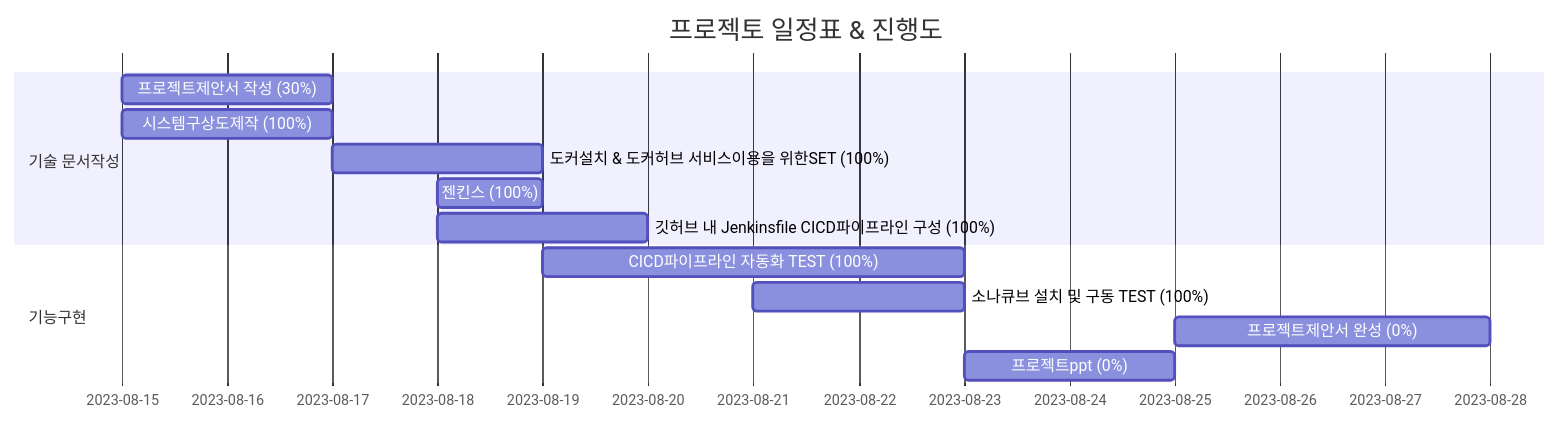
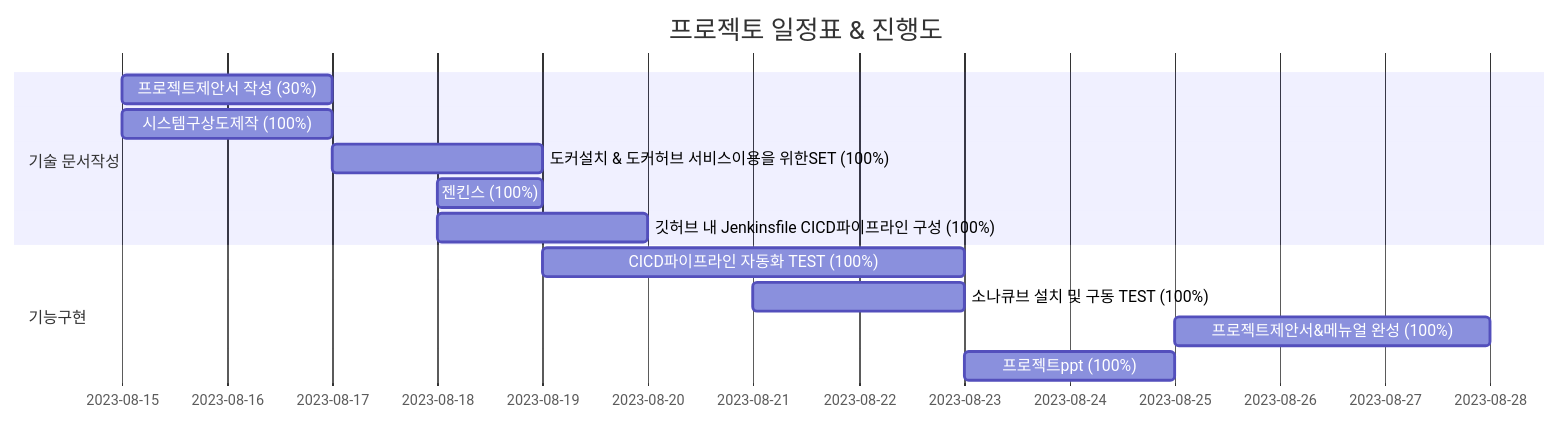
Before and after one commit to SEOMW/project: the diagram in README.md, drawn with Mermaid.

````diff
--- a/README.md
+++ b/README.md
@@ -4,17 +4,17 @@
 ```mermaid
 gantt
     title 프로젝토 일정표 & 진행도
     dateFormat  YYYY-MM-DD
     section 기술 문서작성
     프로젝트제안서 작성 (30%) : a1, 2023-8-15, 2d
     시스템구상도제작 (100%) : 2023-8-15, 2d
     도커설치 & 도커허브 서비스이용을 위한SET (100%) : 2023-8-17, 2d
     젠킨스 (100%) : 2023-8-18, 1d
     깃허브 내 Jenkinsfile CICD파이프라인 구성 (100%) : 2023-8-18, 2d
 
     section 기능구현
     CICD파이프라인 자동화 TEST (100%) : 2023-8-19,  4d
     소나큐브 설치 및 구동 TEST (100%) : 2023-8-21, 2d
-    프로젝트제안서 완성 (0%) : a1, 2023-8-25, 3d
-    프로젝트ppt (0%) : a1, 2023-8-23, 2d
+    프로젝트제안서&메뉴얼 완성 (100%) : a1, 2023-8-25, 3d
+    프로젝트ppt (100%) : a1, 2023-8-23, 2d
 ```
````
